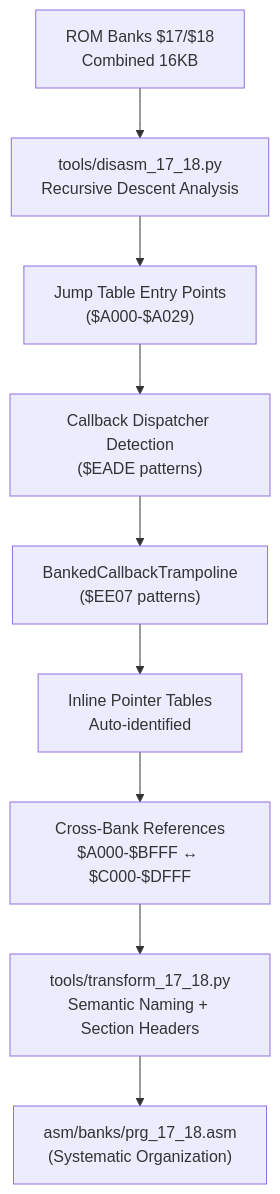
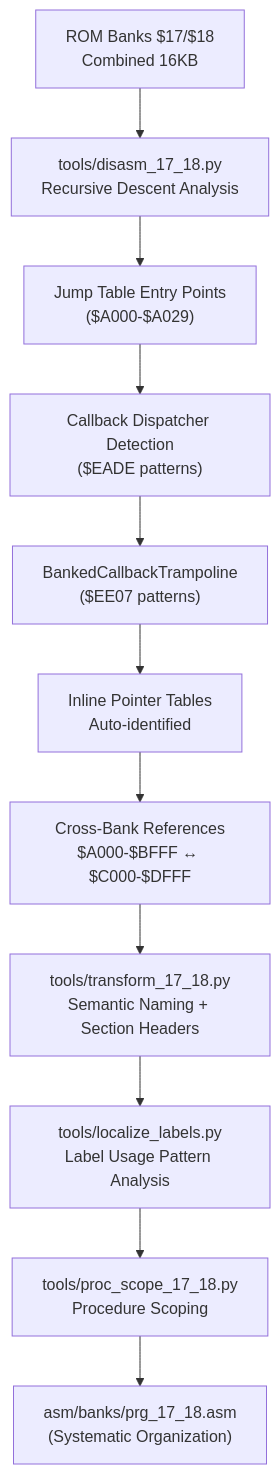
The fourth of 7 diagrams in .qoder/repowiki/en/content/Disassembly Workflow/Disassembly Workflow.md (rabbyzero/sango2dasm), drawn with Mermaid before and after one commit. The commit also changed other lines of this file and 10 other files, not shown here.

Commit message:
prg bank $1d $1e analysis WIP

````diff
--- a/.qoder/repowiki/en/content/Disassembly Workflow/Disassembly Workflow.md
+++ b/.qoder/repowiki/en/content/Disassembly Workflow/Disassembly Workflow.md
@@ -325,11 +342,13 @@
 ```mermaid
 flowchart TD
 A["ROM Banks $17/$18<br/>Combined 16KB"] --> B["tools/disasm_17_18.py<br/>Recursive Descent Analysis"]
 B --> C["Jump Table Entry Points<br/>($A000-$A029)"]
 C --> D["Callback Dispatcher Detection<br/>($EADE patterns)"]
 D --> E["BankedCallbackTrampoline<br/>($EE07 patterns)"]
 E --> F["Inline Pointer Tables<br/>Auto-identified"]
 F --> G["Cross-Bank References<br/>$A000-$BFFF ↔ $C000-$DFFF"]
 G --> H["tools/transform_17_18.py<br/>Semantic Naming + Section Headers"]
-H --> I["asm/banks/prg_17_18.asm<br/>(Systematic Organization)"]
+H --> I["tools/localize_labels.py<br/>Label Usage Pattern Analysis"]
+I --> J["tools/proc_scope_17_18.py<br/>Procedure Scoping"]
+J --> K["asm/banks/prg_17_18.asm<br/>(Systematic Organization)"]
 ```
````
